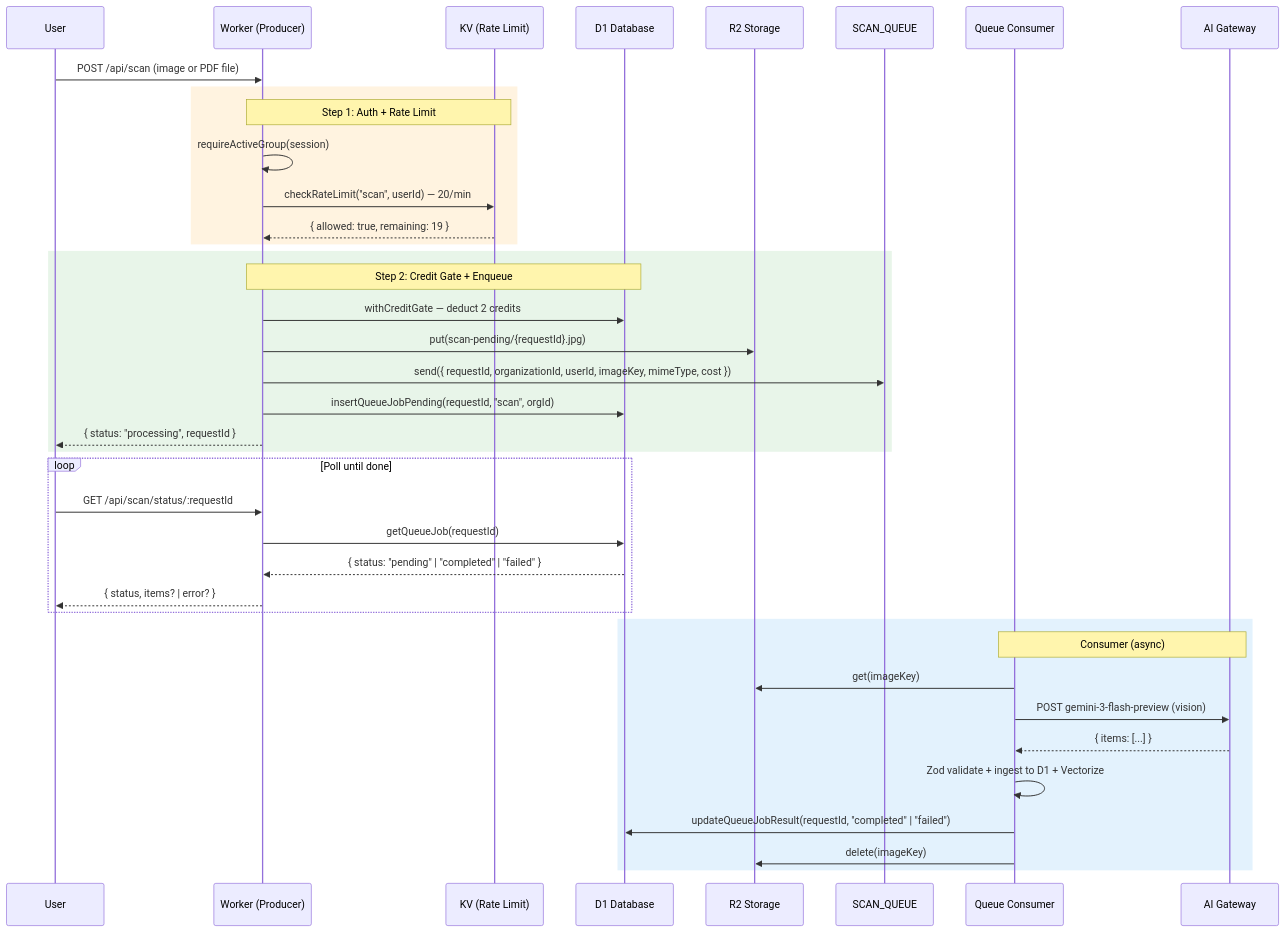
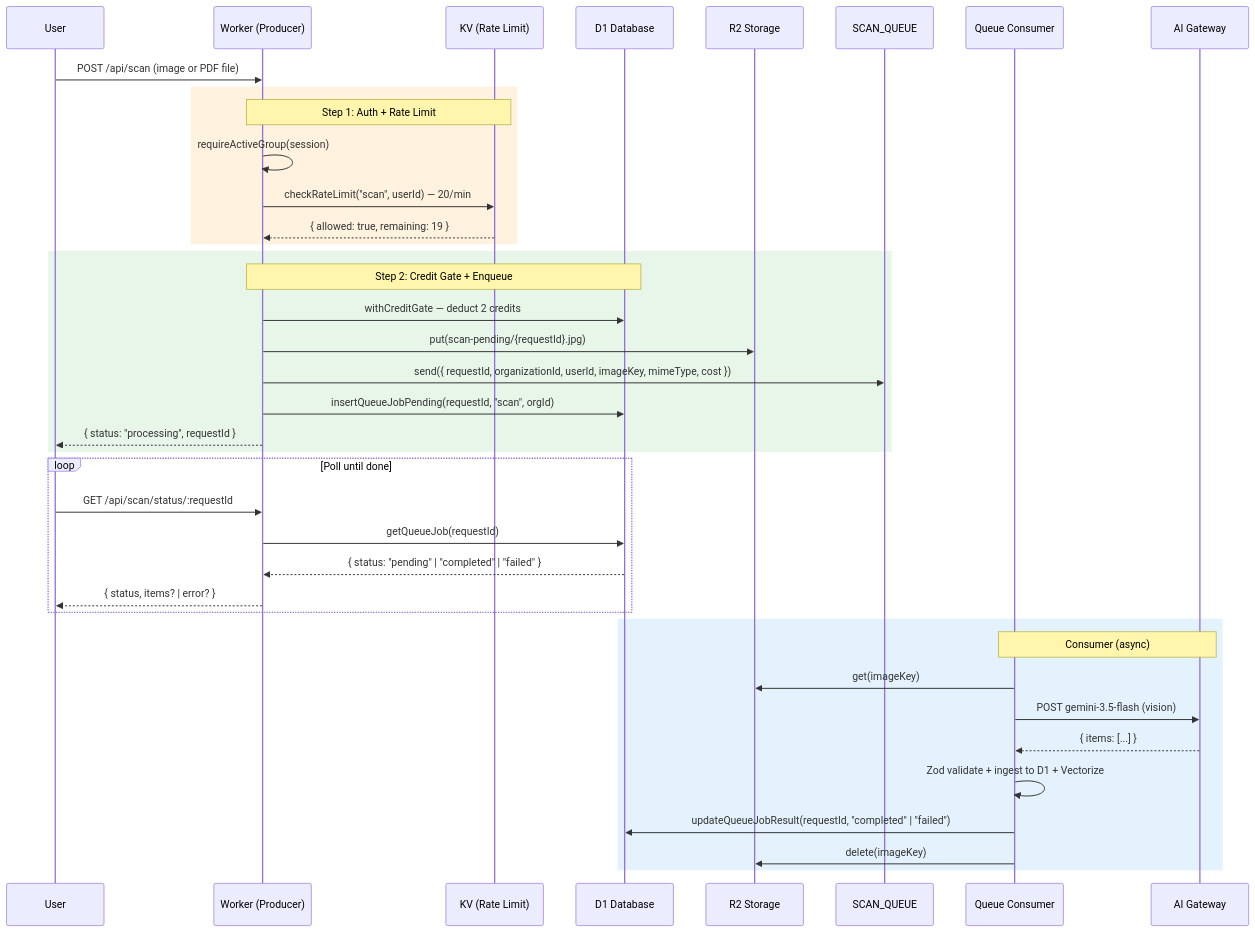
One commit to bjamesdowning/ration-mirror changed the sixth of 21 diagrams in README.md. Above: the diagram before and after it, drawn with Mermaid. The commit also changed other lines of this file and 30 other files, not shown here.

````diff
--- a/README.md
+++ b/README.md
@@ -264,46 +265,46 @@
 ```mermaid
 sequenceDiagram
     participant User as User
     participant Worker as Worker (Producer)
     participant KV as KV (Rate Limit)
     participant D1 as D1 Database
     participant R2 as R2 Storage
     participant Queue as SCAN_QUEUE
     participant Consumer as Queue Consumer
     participant AIGateway as AI Gateway
 
     User->>Worker: POST /api/scan (image or PDF file)
 
     rect rgb(255, 243, 224)
         Note over Worker,KV: Step 1: Auth + Rate Limit
         Worker->>Worker: requireActiveGroup(session)
         Worker->>KV: checkRateLimit("scan", userId) — 20/min
         KV-->>Worker: { allowed: true, remaining: 19 }
     end
 
     rect rgb(232, 245, 233)
         Note over Worker,D1: Step 2: Credit Gate + Enqueue
         Worker->>D1: withCreditGate — deduct 2 credits
         Worker->>R2: put(scan-pending/{requestId}.jpg)
         Worker->>Queue: send({ requestId, organizationId, userId, imageKey, mimeType, cost })
         Worker->>D1: insertQueueJobPending(requestId, "scan", orgId)
         Worker-->>User: { status: "processing", requestId }
     end
 
     loop Poll until done
         User->>Worker: GET /api/scan/status/:requestId
         Worker->>D1: getQueueJob(requestId)
         D1-->>Worker: { status: "pending" | "completed" | "failed" }
         Worker-->>User: { status, items? | error? }
     end
 
     rect rgb(227, 242, 253)
         Note over Consumer,AIGateway: Consumer (async)
         Consumer->>R2: get(imageKey)
-        Consumer->>AIGateway: POST gemini-3-flash-preview (vision)
+        Consumer->>AIGateway: POST gemini-3.5-flash (vision)
         AIGateway-->>Consumer: { items: [...] }
         Consumer->>Consumer: Zod validate + ingest to D1 + Vectorize
         Consumer->>D1: updateQueueJobResult(requestId, "completed" | "failed")
         Consumer->>R2: delete(imageKey)
     end
 ```
````
